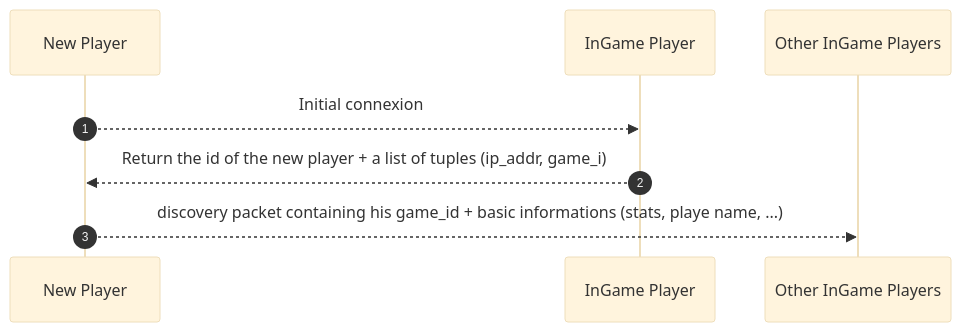
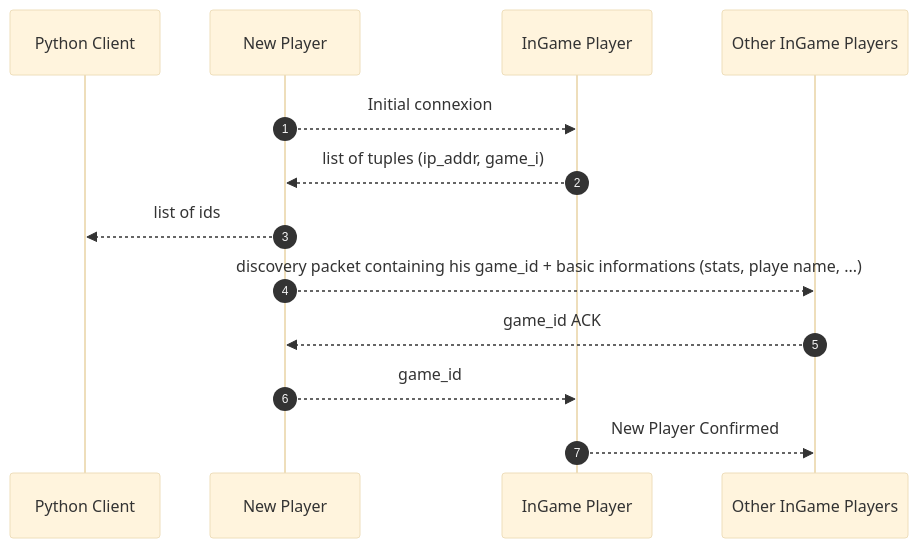
One commit to spicytelescope/dnd_network changed the diagram in src/network/network_protocol.md. Above: the diagram before and after it, drawn with Mermaid (base theme). The commit also changed other lines of this file and 10 other files, not shown here.

````diff
--- a/src/network/network_protocol.md
+++ b/src/network/network_protocol.md
@@ -13,7 +13,15 @@
 ```mermaid
 sequenceDiagram
 autonumber
+    participant Python Client
+    participant New Player
+    participant InGame Player
+    participant Other InGame Players
     New Player-->>InGame Player: Initial connexion
-    InGame Player-->>New Player: Return the id of the new player + a list of tuples (ip_addr, game_i)
+    InGame Player-->>New Player: list of tuples (ip_addr, game_i)
+    New Player -->> Python Client: list of ids
     New Player -->> Other InGame Players: discovery packet containing his game_id + basic informations (stats, playe name, ...)
+    Other InGame Players -->> New Player: game_id ACK
+    New Player -->> InGame Player : game_id
+    InGame Player -->> Other InGame Players: New Player Confirmed
 ```
````
